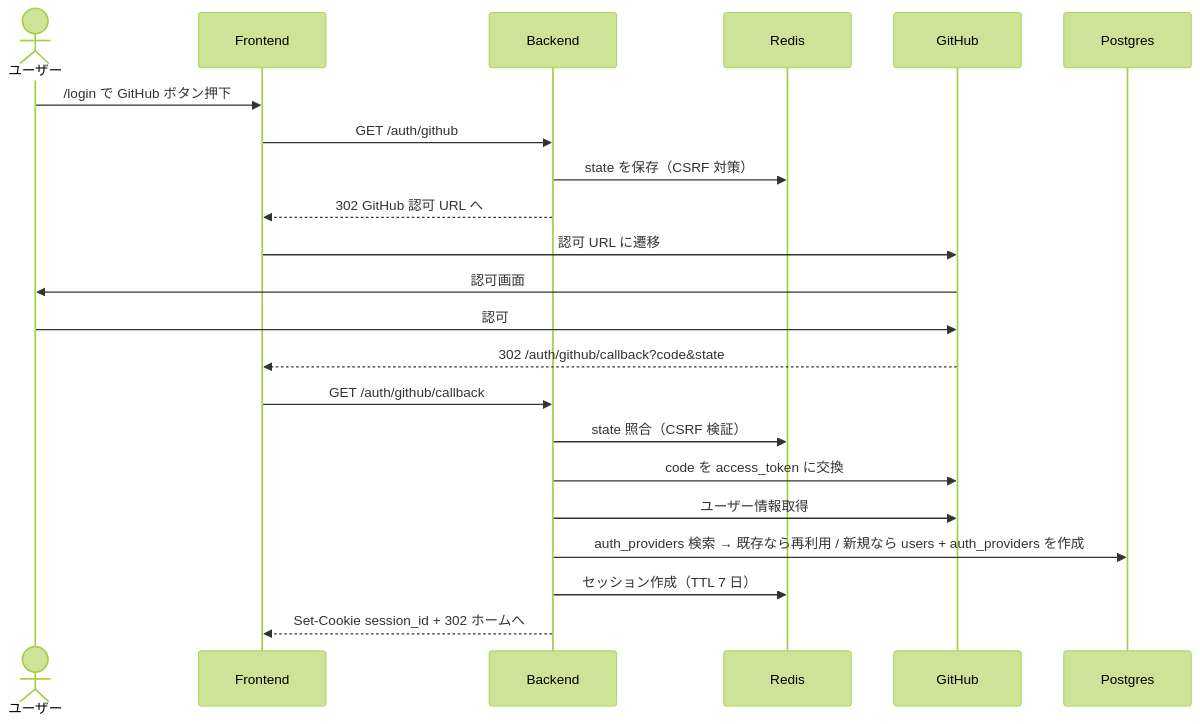
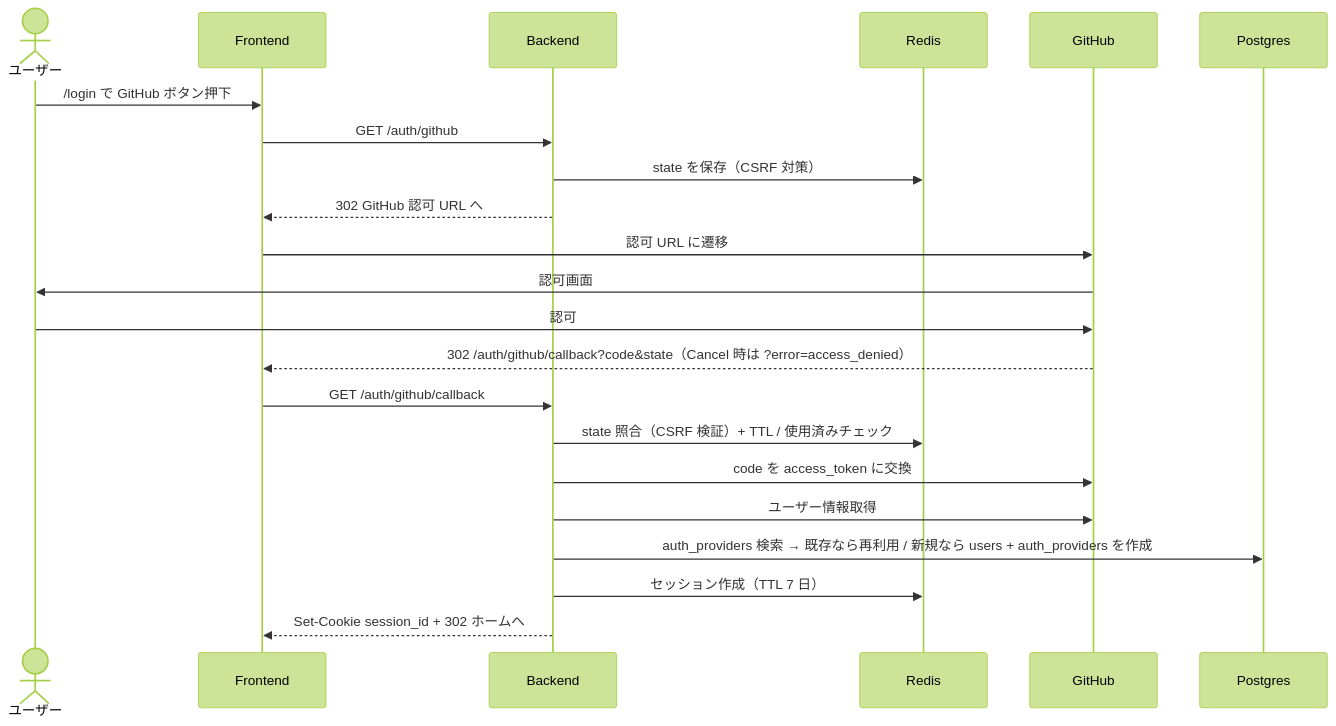
One commit to yzanbo/ai-coding-drill-python changed the diagram in docs/requirements/4-features/authentication.md. Above: the diagram before and after it, drawn with Mermaid (forest theme). The commit also changed other lines of this file, not shown here.

````diff
--- a/docs/requirements/4-features/authentication.md
+++ b/docs/requirements/4-features/authentication.md
@@ -179,25 +186,25 @@
 ```mermaid
 sequenceDiagram
   actor User as ユーザー
   participant FE as Frontend
   participant API as Backend
   participant Redis as Redis
   participant GH as GitHub
   participant DB as Postgres
 
   User ->> FE: /login で GitHub ボタン押下
   FE ->> API: GET /auth/github
   API ->> Redis: state を保存（CSRF 対策）
   API -->> FE: 302 GitHub 認可 URL へ
   FE ->> GH: 認可 URL に遷移
   GH ->> User: 認可画面
   User ->> GH: 認可
-  GH -->> FE: 302 /auth/github/callback?code&state
+  GH -->> FE: 302 /auth/github/callback?code&state（Cancel 時は ?error=access_denied）
   FE ->> API: GET /auth/github/callback
-  API ->> Redis: state 照合（CSRF 検証）
+  API ->> Redis: state 照合（CSRF 検証）+ TTL / 使用済みチェック
   API ->> GH: code を access_token に交換
   API ->> GH: ユーザー情報取得
   API ->> DB: auth_providers 検索 → 既存なら再利用 / 新規なら users + auth_providers を作成
   API ->> Redis: セッション作成（TTL 7 日）
   API -->> FE: Set-Cookie session_id + 302 ホームへ
 ```
````
